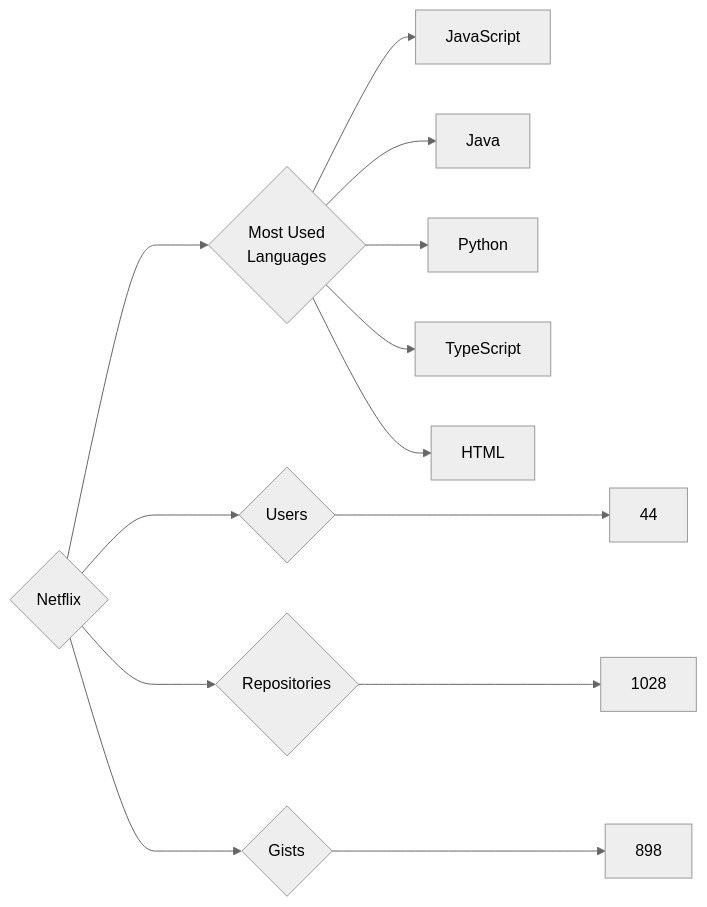
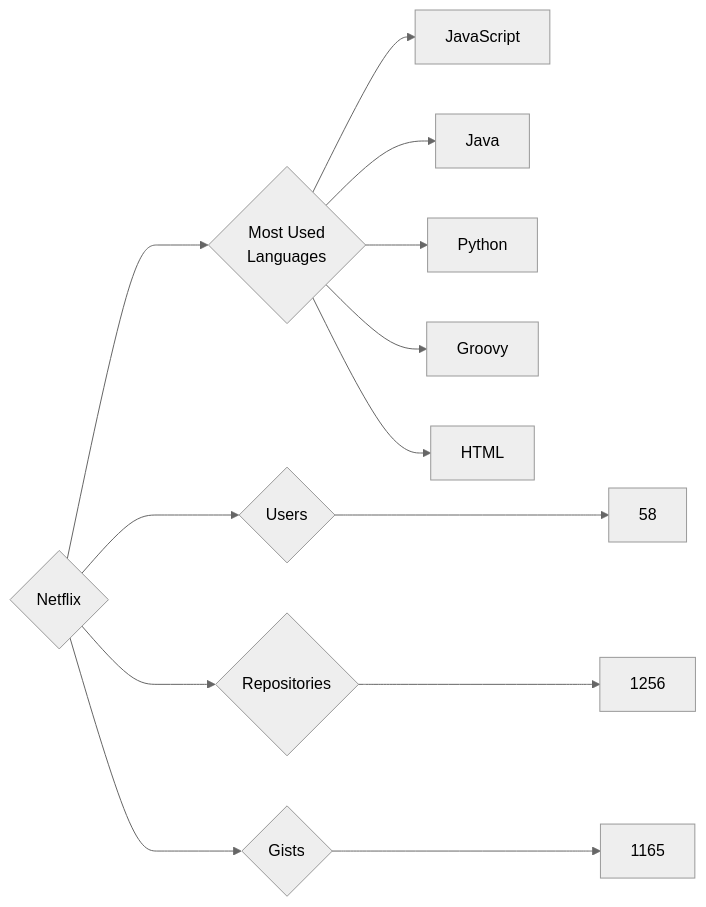
The diagram in targets/Netflix/README.md (trickest/insiders), drawn with Mermaid (neutral theme) before and after one commit. The commit also changed 912 other files, not shown here.

````diff
--- a/targets/Netflix/README.md
+++ b/targets/Netflix/README.md
@@ -3,13 +3,13 @@
 ```mermaid
 graph LR
 COMPANY_NAME{Netflix}
-COMPANY_NAME ---> U{Users} ---> UN[44]
-COMPANY_NAME ---> R{Repositories} ---> RN[1028]
-COMPANY_NAME ---> G{Gists} ---> GN[898]
+COMPANY_NAME ---> U{Users} ---> UN[58]
+COMPANY_NAME ---> R{Repositories} ---> RN[1256]
+COMPANY_NAME ---> G{Gists} ---> GN[1165]
 COMPANY_NAME ---> ML{Most Used<br>Languages}
 ML --> JavaScript[JavaScript]
 ML --> Java[Java]
 ML --> Python[Python]
-ML --> TypeScript[TypeScript]
+ML --> Groovy[Groovy]
 ML --> HTML[HTML]
 ```
````
